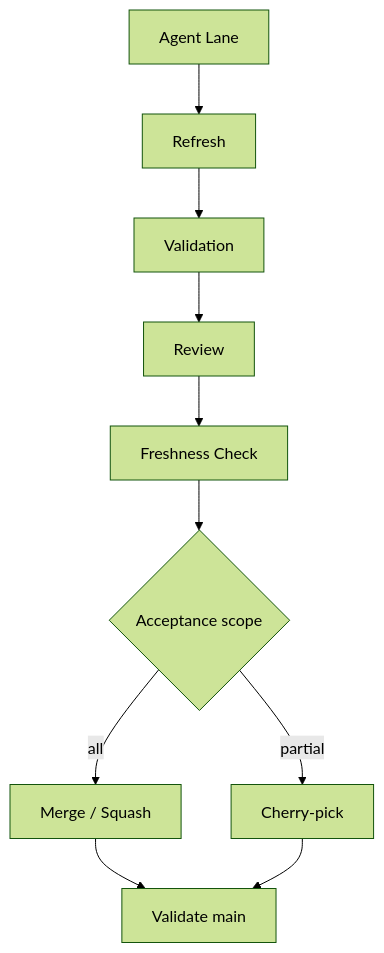
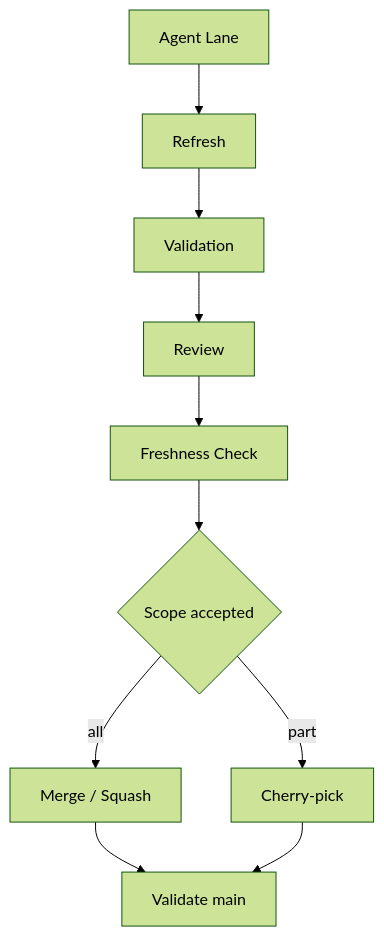
Before and after one commit to UlyssesLeoLee/MAGO-Skill: the second of 4 diagrams in README.en.md, drawn with Mermaid (forest theme). The commit also changed other lines of this file and 283 other files, not shown here.

````diff
--- a/README.en.md
+++ b/README.en.md
@@ -123,12 +396,12 @@
 ```mermaid
 flowchart TD
     A["Agent Lane"] --> B["Refresh"]
     B --> C["Validation"]
     C --> D["Review"]
     D --> E["Freshness Check"]
-    E --> F{"Acceptance scope"}
+    E --> F{"Scope accepted"}
     F -->|"all"| G["Merge / Squash"]
-    F -->|"partial"| H["Cherry-pick"]
+    F -->|"part"| H["Cherry-pick"]
     G --> I["Validate main"]
     H --> I
 ```
````
